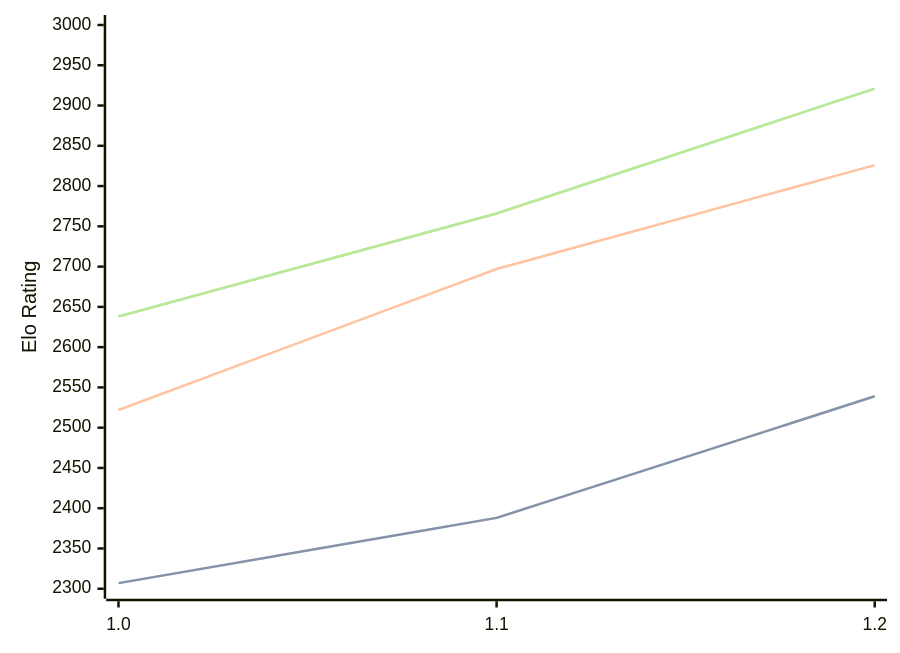
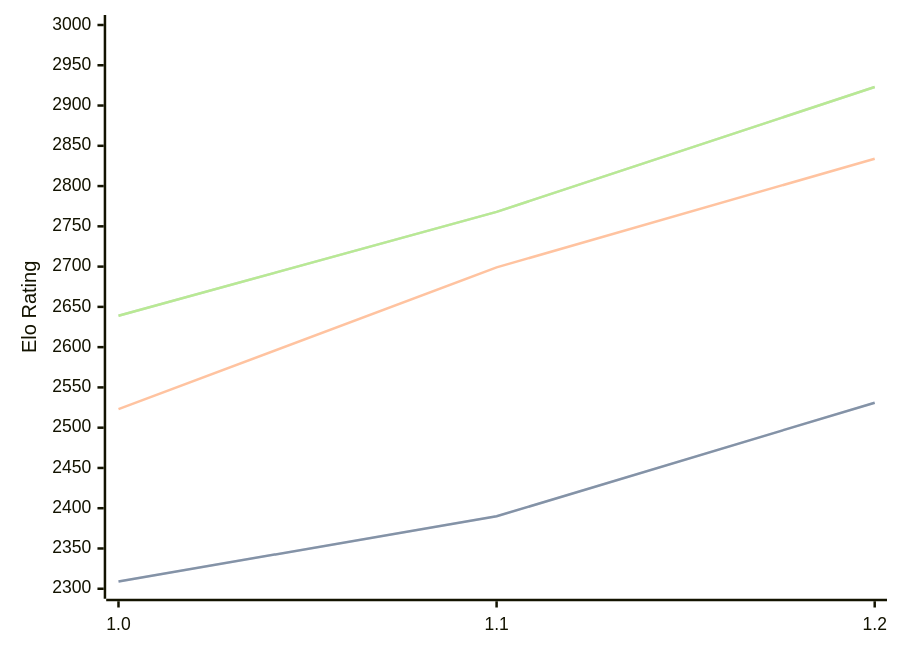
One commit to computer-chess-index/cci changed the third of 3 diagrams in engines/FoxChess.md. Above: the diagram before and after it, drawn with Mermaid. The commit also changed other lines of this file, not shown here.

Commit message:
Update CCI Ratings (ELO VLTC) - 2026-06-30

````diff
--- a/engines/FoxChess.md
+++ b/engines/FoxChess.md
@@ -66,11 +66,11 @@
 ```mermaid
 %%{init: {"theme":"base","themeVariables":{"seriesColors:['#a3a3a3','#222221','#faa371']}}}%%
 xychart-beta
   x-axis ["1.0", "1.1", "1.2"]
   y-axis "Elo Rating" 2300 --> 3000
-  line "STC (8.0+0.08s)" [2307, 2388, 2539]
-  line "STC (8.0+0.08s)" [2307, 2388, 2539]
-  line "LTC (60.0+0.60s)" [2522, 2697, 2826]
-  line "VLTC (2m24s+1.12s)" [2638, 2766, 2921]
-  line "VLTC (2m24s+1.12s)" [2638, 2766, 2921]
+  line "STC (8.0+0.08s)" [2309, 2390, 2531]
+  line "STC (8.0+0.08s)" [2309, 2390, 2531]
+  line "LTC (60.0+0.60s)" [2523, 2699, 2834]
+  line "VLTC (2m24s+1.12s)" [2639, 2768, 2923]
+  line "VLTC (2m24s+1.12s)" [2639, 2768, 2923]
 ```
````
